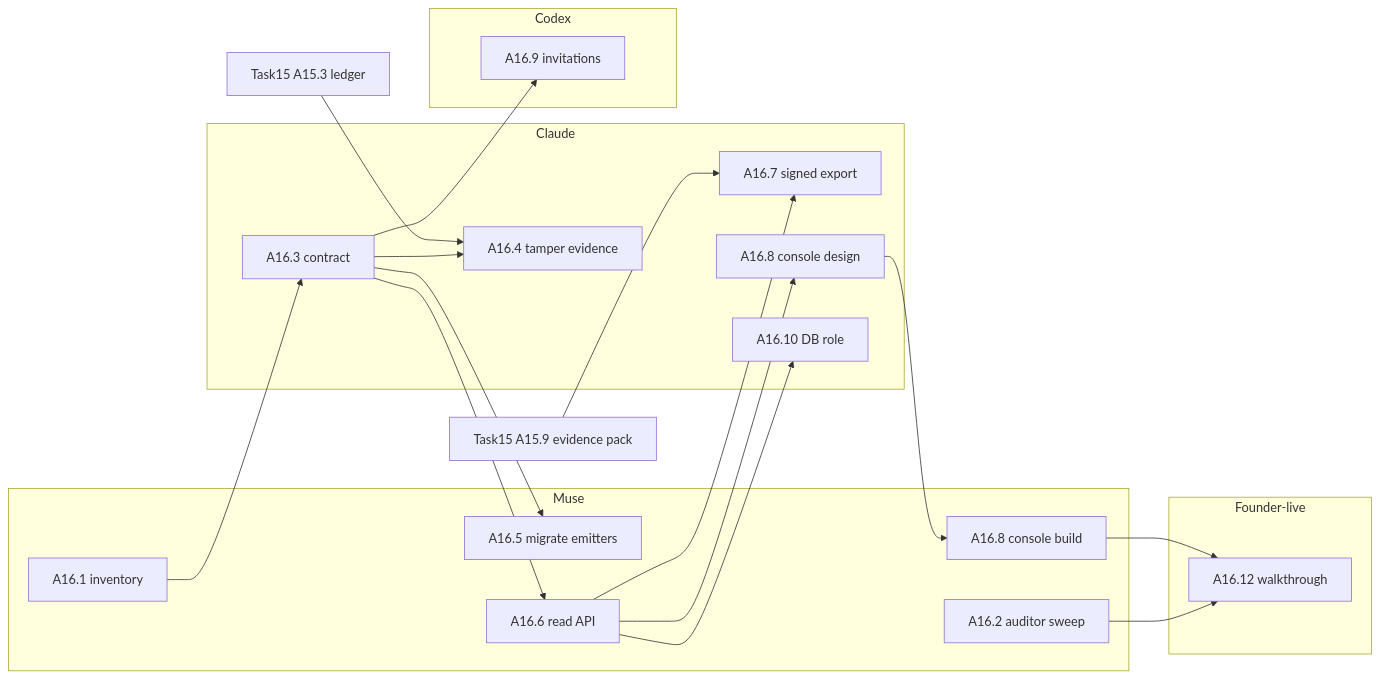
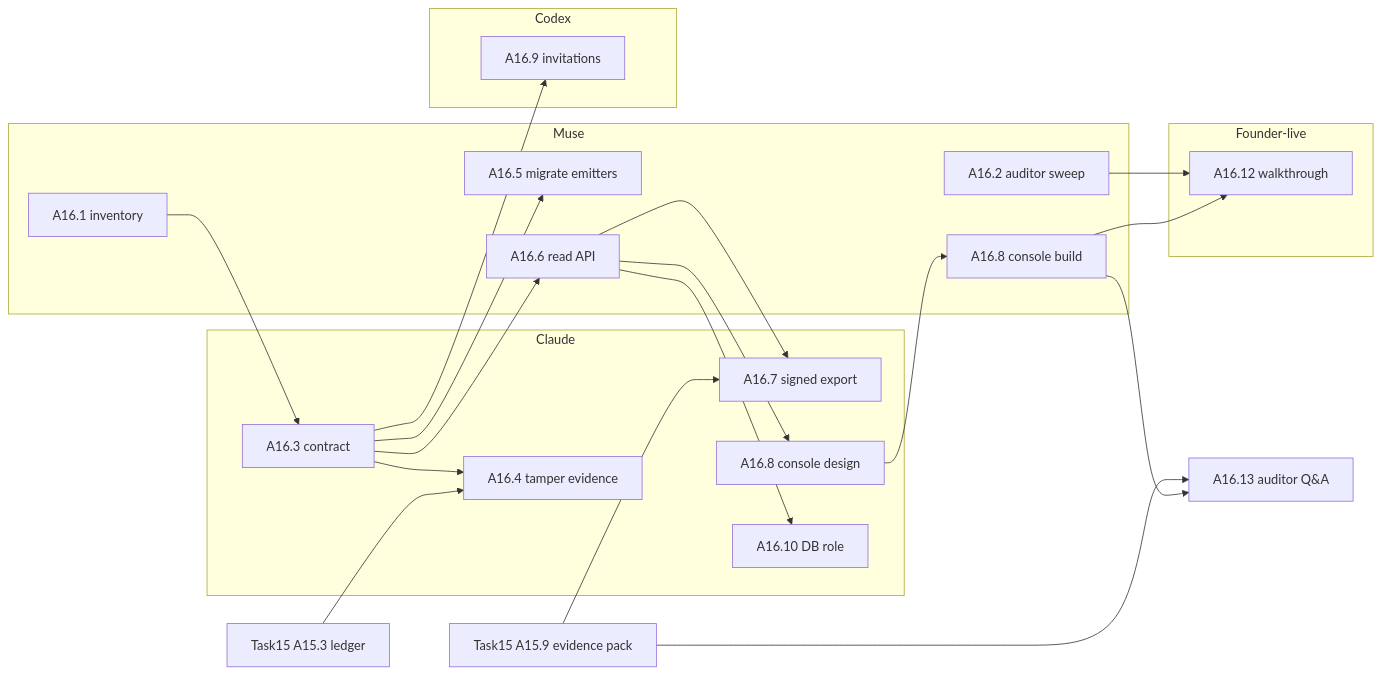
The diagram in docs/plan/TASK16.md (mahamannu-ux/TrackAI-V1), drawn with Mermaid before and after one commit. The commit also changed other lines of this file and 4 other files, not shown here.

````diff
--- a/docs/plan/TASK16.md
+++ b/docs/plan/TASK16.md
@@ -42,35 +42,38 @@
 ```mermaid
 flowchart LR
   subgraph Muse
     B1[A16.1 inventory]
     B2[A16.2 auditor sweep]
     B5[A16.5 migrate emitters]
     B6[A16.6 read API]
     B8b[A16.8 console build]
   end
   subgraph Claude
     B3[A16.3 contract]
     B4[A16.4 tamper evidence]
     B7[A16.7 signed export]
     B8a[A16.8 console design]
     B10[A16.10 DB role]
   end
   subgraph Codex
     B9[A16.9 invitations]
   end
   subgraph Founder-live
     B12[A16.12 walkthrough]
   end
+  B13[A16.13 auditor Q&A]
   T153[Task15 A15.3 ledger] --> B4
   T159[Task15 A15.9 evidence pack] --> B7
   B1 --> B3
   B3 --> B4
   B3 --> B5
   B3 --> B6
   B3 --> B9
   B6 --> B7
   B6 --> B8a --> B8b
   B6 --> B10
   B8b --> B12
   B2 --> B12
+  B8b --> B13
+  T159 --> B13
 ```
````
